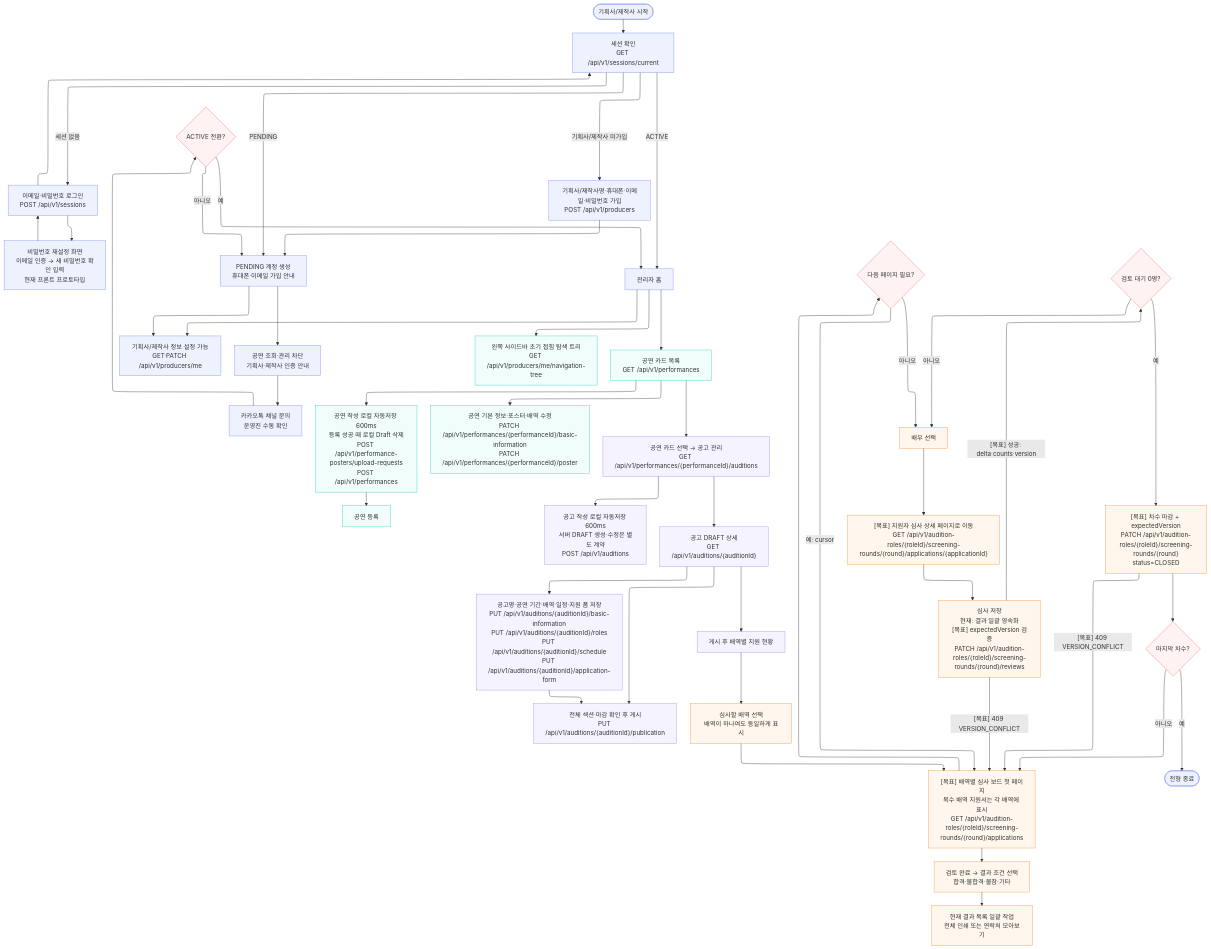
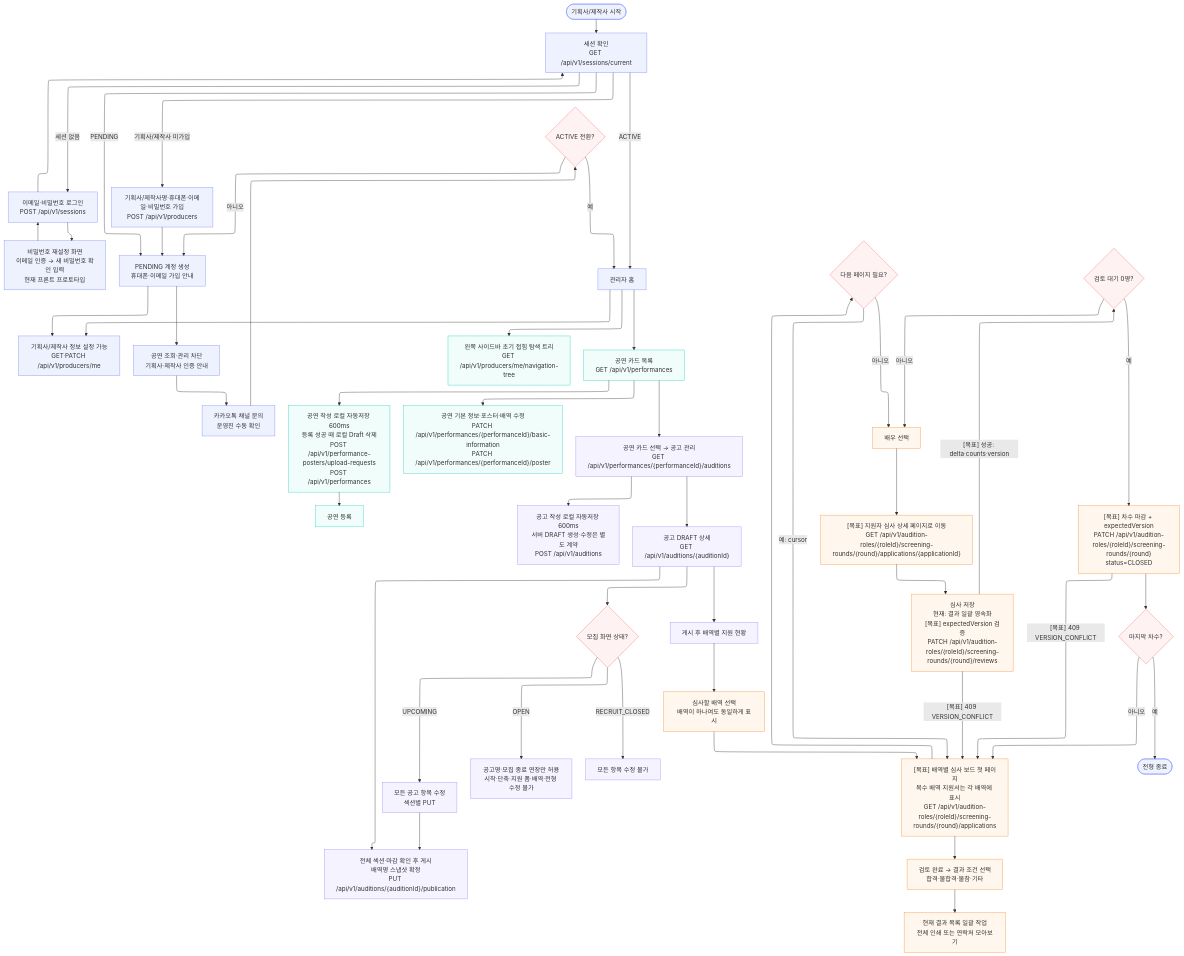
Before and after one commit to woowacourse-teams/2026-yesulin: the diagram in docs/development/flows/producer.mmd, drawn with Mermaid. The commit also changed 21 other files, not shown here.

```diff
--- a/docs/development/flows/producer.mmd
+++ b/docs/development/flows/producer.mmd
@@ -1,54 +1,57 @@
 ---
 config:
   layout: elk
 ---
 flowchart TB
     START(["기획사/제작사 시작"]) --> SESSION["세션 확인<br>GET /api/v1/sessions/current"]
     SESSION -- 세션 없음 --> LOGIN["이메일·비밀번호 로그인<br>POST /api/v1/sessions"]
     LOGIN --> PASSWORD_RESET["비밀번호 재설정 화면<br>이메일 인증 → 새 비밀번호 확인 입력<br>현재 프론트 프로토타입"]
     PASSWORD_RESET --> LOGIN
     LOGIN --> SESSION
     SESSION -- 기획사/제작사 미가입 --> SIGNUP["기획사/제작사명·휴대폰·이메일·비밀번호 가입<br>POST /api/v1/producers"]
     SIGNUP --> PENDING["PENDING 계정 생성<br>휴대폰·이메일 가입 안내"]
     SESSION -- PENDING --> PENDING
     PENDING --> PROFILE["기획사/제작사 정보 설정 가능<br>GET·PATCH /api/v1/producers/me"]
     PENDING --> BLOCKED["공연 조회·관리 차단<br>기획사·제작사 인증 안내"]
     BLOCKED --> CONTACT["카카오톡 채널 문의<br>운영진 수동 확인"]
     CONTACT --> ACTIVE{"ACTIVE 전환?"}
     ACTIVE -- 아니오 --> PENDING
     ACTIVE -- 예 --> HOME["관리자 홈"]
     SESSION -- ACTIVE --> HOME
     HOME --> NAV["왼쪽 사이드바 초기 접힘 탐색 트리<br>GET /api/v1/producers/me/navigation-tree"] & PROFILE & PERF["공연 카드 목록<br>GET /api/v1/performances"]
     PERF --> NEW_PERF["공연 작성 로컬 자동저장 600ms<br>등록 성공 때 로컬 Draft 삭제<br>POST /api/v1/performance-posters/upload-requests<br>POST /api/v1/performances"] & EDIT_PERF["공연 기본 정보·포스터·배역 수정<br>PATCH /api/v1/performances/{performanceId}/basic-information<br>PATCH /api/v1/performances/{performanceId}/poster"] & POSTINGS["공연 카드 선택 → 공고 관리<br>GET /api/v1/performances/{performanceId}/auditions"]
     NEW_PERF --> CREATE_PERF["공연 등록"]
     POSTINGS --> CREATE_POSTING["공고 작성 로컬 자동저장 600ms<br>서버 DRAFT 생성·수정은 별도 계약<br>POST /api/v1/auditions"] & POSTING_DETAIL["공고 DRAFT 상세<br>GET /api/v1/auditions/{auditionId}"]
-    POSTING_DETAIL --> EDIT_POSTING["공고명·공연 기간·배역·일정·지원 폼 저장<br>PUT /api/v1/auditions/{auditionId}/basic-information<br>PUT /api/v1/auditions/{auditionId}/roles<br>PUT /api/v1/auditions/{auditionId}/schedule<br>PUT /api/v1/auditions/{auditionId}/application-form"] & PUBLISH["전체 섹션·마감 확인 후 게시<br>PUT /api/v1/auditions/{auditionId}/publication"] & ROLES["게시 후 배역별 지원 현황"]
+    POSTING_DETAIL --> EDIT_POLICY{"모집 화면 상태?"} & PUBLISH["전체 섹션·마감 확인 후 게시<br>배역명 스냅샷 확정<br>PUT /api/v1/auditions/{auditionId}/publication"] & ROLES["게시 후 배역별 지원 현황"]
+    EDIT_POLICY -- UPCOMING --> EDIT_POSTING["모든 공고 항목 수정<br>섹션별 PUT"]
+    EDIT_POLICY -- OPEN --> EDIT_OPEN["공고명·모집 종료 연장만 허용<br>시작·단축·지원 폼·배역·전형 수정 불가"]
+    EDIT_POLICY -- RECRUIT_CLOSED --> EDIT_BLOCKED["모든 항목 수정 불가"]
     EDIT_POSTING --> PUBLISH
     ROLES --> CHOOSE_ROLE["심사할 배역 선택<br>배역이 하나여도 동일하게 표시"]
     CHOOSE_ROLE --> BOARD["[목표] 배역별 심사 보드 첫 페이지<br>복수 배역 지원서는 각 배역에 표시<br>GET /api/v1/audition-roles/{roleId}/screening-rounds/{round}/applications"]
     BOARD --> RESULT_FILTER["검토 완료 → 결과 조건 선택<br>합격·불합격·불참·기타"]
     RESULT_FILTER --> GROUP_ACTION["현재 결과 목록 일괄 작업<br>전체 인쇄 또는 연락처 모아보기"]
     BOARD --> MORE{"다음 페이지 필요?"}
     MORE -- 예: cursor --> BOARD
     MORE -- 아니오 --> SELECT["배우 선택"]
     SELECT --> APP_DETAIL["[목표] 지원자 심사 상세 페이지로 이동<br>GET /api/v1/audition-roles/{roleId}/screening-rounds/{round}/applications/{applicationId}"]
     APP_DETAIL --> REVIEW["심사 저장<br>현재: 결과 일괄 영속화<br>[목표] expectedVersion 검증<br>PATCH /api/v1/audition-roles/{roleId}/screening-rounds/{round}/reviews"]
     REVIEW -- "[목표] 409 VERSION_CONFLICT" --> BOARD
     REVIEW -- "[목표] 성공: delta·counts·version" --> DONE{"검토 대기 0명?"}
     DONE -- 아니오 --> SELECT
     DONE -- 예 --> CLOSE["[목표] 차수 마감 + expectedVersion<br>PATCH /api/v1/audition-roles/{roleId}/screening-rounds/{round}<br>status=CLOSED"]
     CLOSE -- "[목표] 409 VERSION_CONFLICT" --> BOARD
     CLOSE --> LAST{"마지막 차수?"}
     LAST -- 아니오 --> BOARD
     LAST -- 예 --> FINISH(["전형 종료"])
 
     classDef authNode stroke:#818cf8,fill:#eef2ff
     classDef perfNode stroke:#2dd4bf,fill:#f0fdfa
     classDef postingNode stroke:#a78bfa,fill:#f5f3ff
     classDef screeningNode stroke:#fb923c,fill:#fff7ed
     classDef decisionNode stroke:#f87171,fill:#fef2f2
     class START,SESSION,LOGIN,PASSWORD_RESET,SIGNUP,PENDING,PROFILE,BLOCKED,CONTACT,HOME,FINISH authNode
-    class ACTIVE,MORE,DONE,LAST decisionNode
+    class ACTIVE,MORE,DONE,LAST,EDIT_POLICY decisionNode
     class NAV,PERF,NEW_PERF,EDIT_PERF,CREATE_PERF perfNode
-    class POSTINGS,CREATE_POSTING,POSTING_DETAIL,EDIT_POSTING,PUBLISH,ROLES postingNode
+    class POSTINGS,CREATE_POSTING,POSTING_DETAIL,EDIT_POSTING,EDIT_OPEN,EDIT_BLOCKED,PUBLISH,ROLES postingNode
     class BOARD,CHOOSE_ROLE,RESULT_FILTER,GROUP_ACTION,SELECT,APP_DETAIL,REVIEW,CLOSE screeningNode
```
